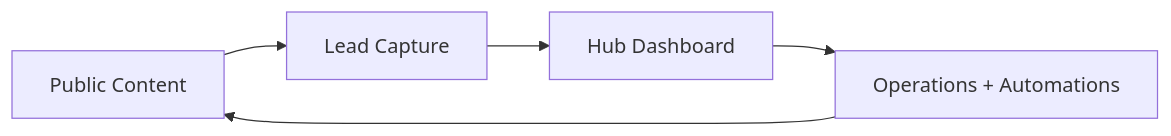
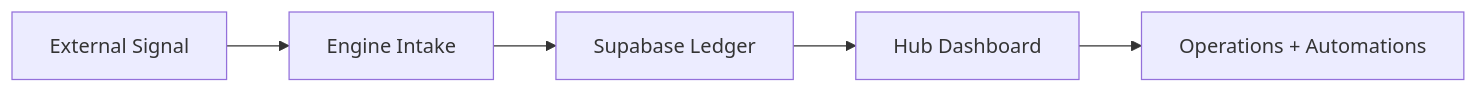
The diagram in docs/frontend-execution-plan.md (Muuuuoouuun/moonlight_pro), drawn with Mermaid before and after one commit. The commit also changed other lines of this file and 106 other files, not shown here.

Commit message:
Hardening Hub and Engine runtime

````diff
--- a/docs/frontend-execution-plan.md
+++ b/docs/frontend-execution-plan.md
@@ -44,7 +44,7 @@
 ```mermaid
 flowchart LR
-    A["Public Content"] --> B["Lead Capture"]
-    B --> C["Hub Dashboard"]
-    C --> D["Operations + Automations"]
-    D --> A
+    A["External Signal"] --> B["Engine Intake"]
+    B --> C["Supabase Ledger"]
+    C --> D["Hub Dashboard"]
+    D --> E["Operations + Automations"]
 ```
````
